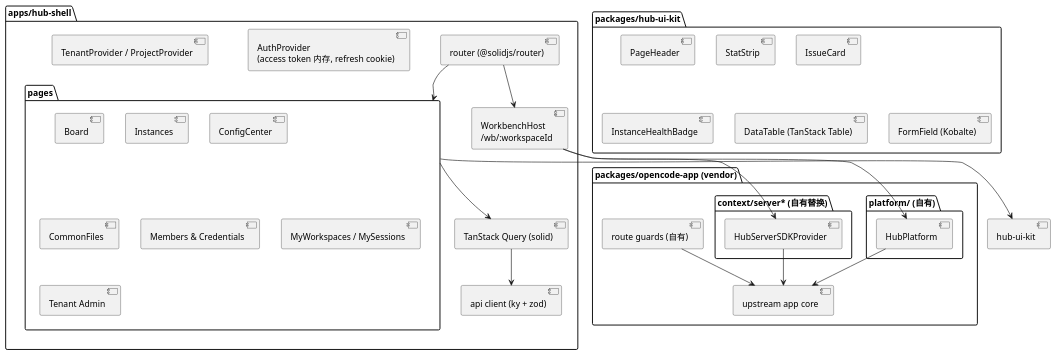
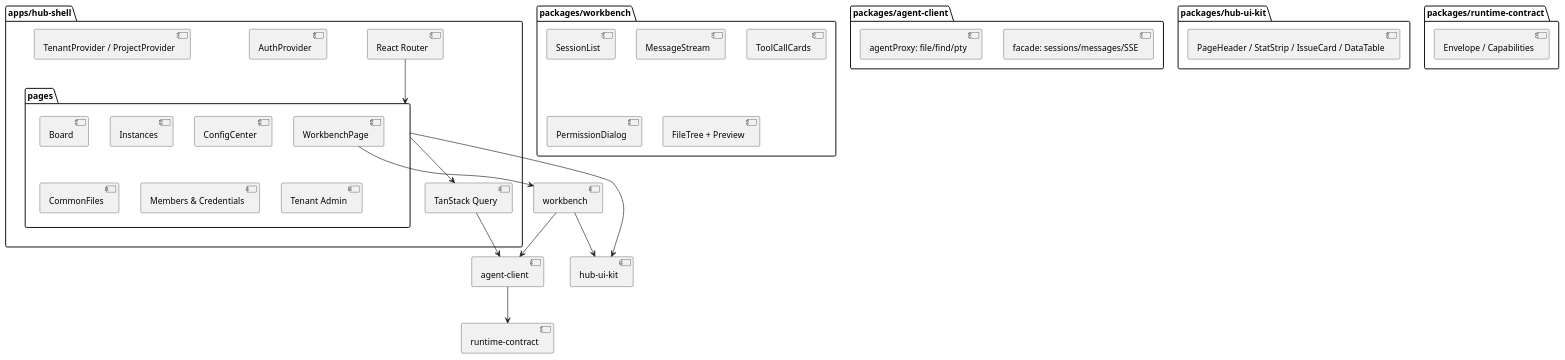
Before and after one commit to JackLuguibin/AgentHubEx: the first of 2 diagrams in docs/architecture/10-frontend.md, drawn with PlantUML. The commit also changed other lines of this file and 18 other files, not shown here.

First line of the commit message:
docs: align architecture on React SPA, Drizzle, open-source, intranet

````diff
--- a/docs/architecture/10-frontend.md
+++ b/docs/architecture/10-frontend.md
@@ -7,49 +7,44 @@
 ```plantuml
 @startuml fe-structure
 package "apps/hub-shell" {
-  [router (@solidjs/router)] as RT
-  [AuthProvider\n(access token 内存, refresh cookie)] as AP
+  [React Router] as RT
+  [AuthProvider] as AP
   [TenantProvider / ProjectProvider] as TP
-  [api client (ky + zod)] as API
-  [TanStack Query (solid)] as Q
+  [TanStack Query] as Q
   package pages {
-    [Board] 
+    [Board]
     [Instances]
     [ConfigCenter]
     [CommonFiles]
     [Members & Credentials]
-    [MyWorkspaces / MySessions]
     [Tenant Admin]
+    [WorkbenchPage]
   }
-  [WorkbenchHost\n/wb/:workspaceId] as WH
+}
+package "packages/workbench" {
+  [SessionList]
+  [MessageStream]
+  [ToolCallCards]
+  [PermissionDialog]
+  [FileTree + Preview]
+}
+package "packages/agent-client" {
+  [facade: sessions/messages/SSE]
+  [agentProxy: file/find/pty]
 }
 package "packages/hub-ui-kit" {
-  [PageHeader] 
-  [StatStrip]
-  [IssueCard]
-  [InstanceHealthBadge]
-  [DataTable (TanStack Table)]
-  [FormField (Kobalte)]
+  [PageHeader / StatStrip / IssueCard / DataTable]
 }
-package "packages/opencode-app (vendor)" {
-  [upstream app core] as UP
-  package "platform/ (自有)" {
-    [HubPlatform] as HP
-  }
-  package "context/server* (自有替换)" {
-    [HubServerSDKProvider] as SP
-  }
-  [route guards (自有)] as RG
+package "packages/runtime-contract" {
+  [Envelope / Capabilities]
 }
 RT --> pages
-RT --> WH
-WH --> HP
-WH --> SP
-SP --> UP
-HP --> UP
-RG --> UP
+WorkbenchPage --> [workbench]
+[workbench] --> [agent-client]
+[workbench] --> [hub-ui-kit]
 pages --> [hub-ui-kit]
 pages --> Q
-Q --> API
+Q --> [agent-client]
+[agent-client] --> [runtime-contract]
 @enduml
 ```
````
